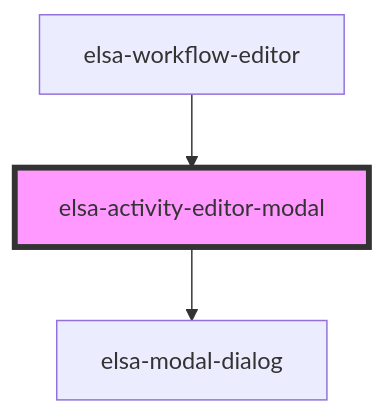
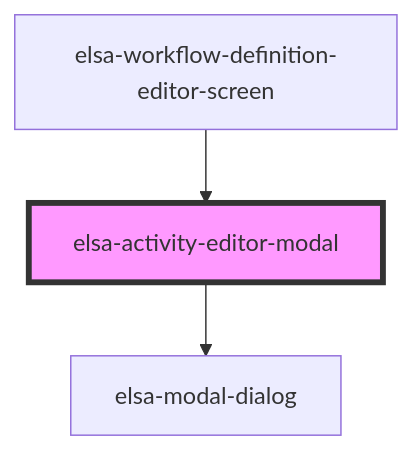
The diagram in src/designer/elsa-workflows-studio/src/components/screens/workflow-definition-editor/elsa-activity-editor-modal/readme.md (elsa-workflows/elsa-core), drawn with Mermaid before and after one commit. The commit also changed other lines of this file and 32 other files, not shown here.

````diff
--- a/src/designer/elsa-workflows-studio/src/components/screens/workflow-definition-editor/elsa-activity-editor-modal/readme.md
+++ b/src/designer/elsa-workflows-studio/src/components/screens/workflow-definition-editor/elsa-activity-editor-modal/readme.md
@@ -19,6 +19,6 @@
 ```mermaid
 graph TD;
   elsa-activity-editor-modal --> elsa-modal-dialog
-  elsa-workflow-editor --> elsa-activity-editor-modal
+  elsa-workflow-definition-editor-screen --> elsa-activity-editor-modal
   style elsa-activity-editor-modal fill:#f9f,stroke:#333,stroke-width:4px
 ```
````
